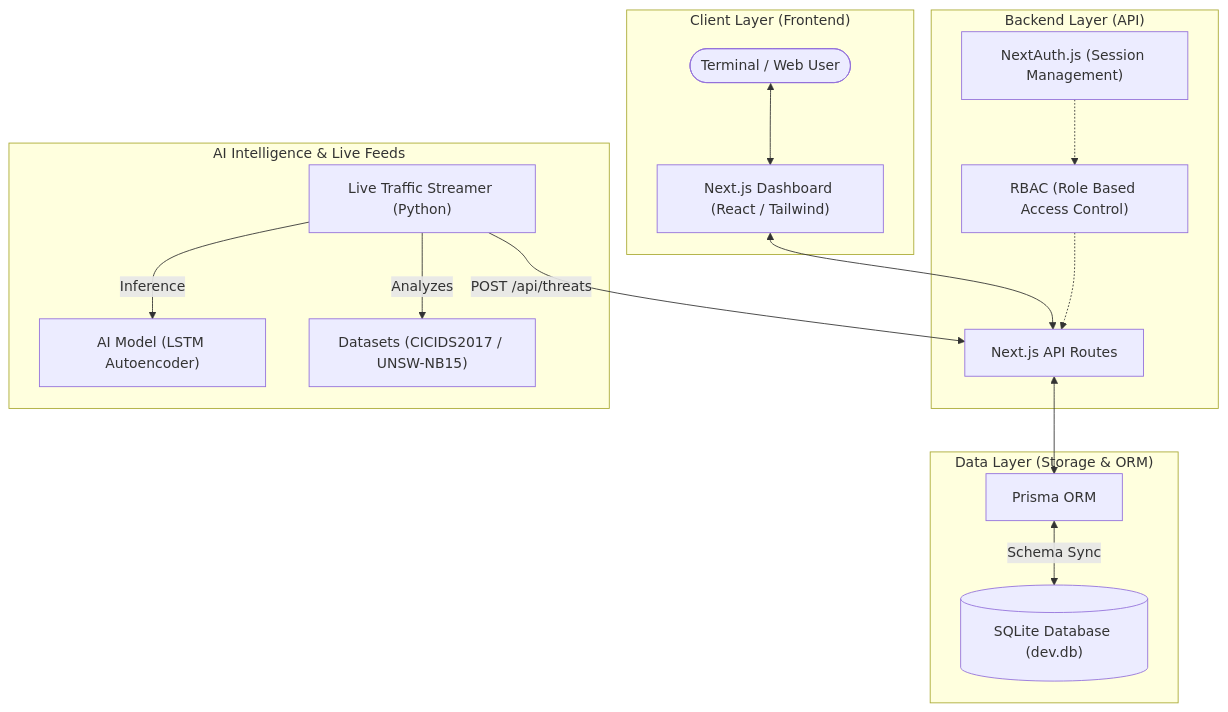
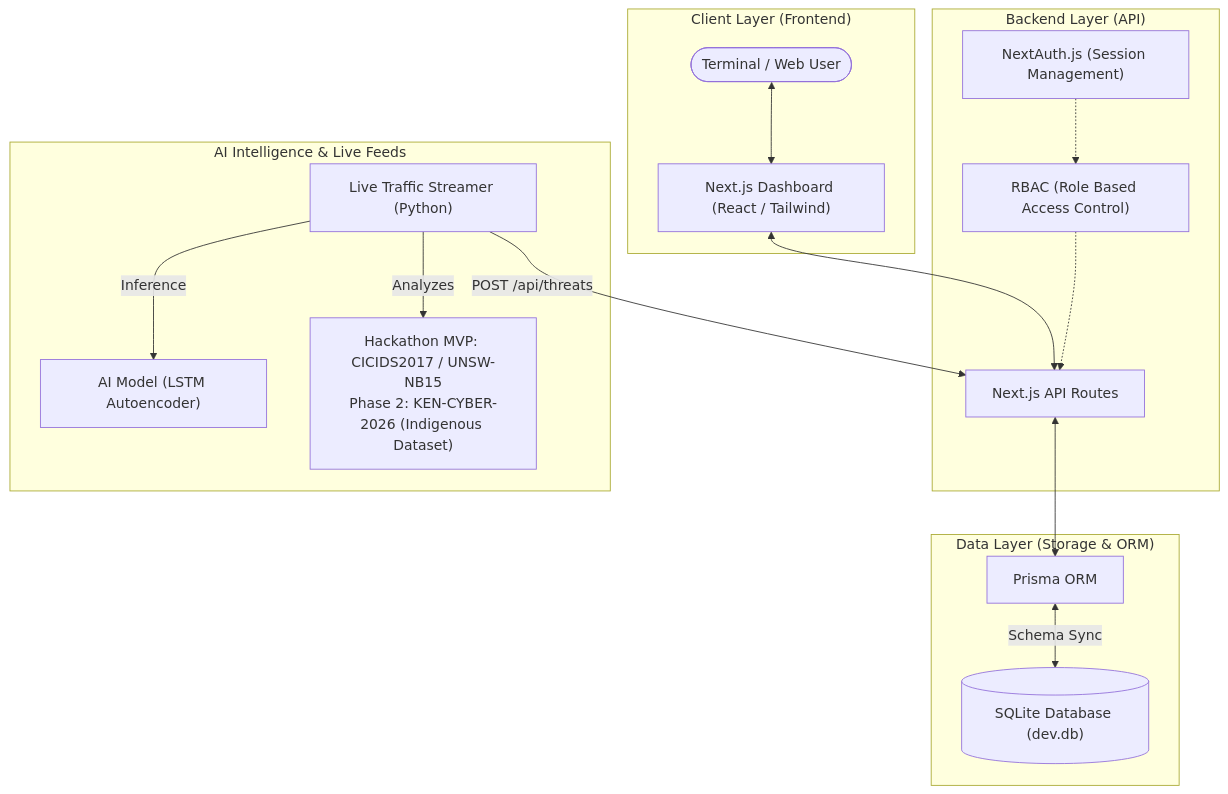
The diagram in docs/ARCHITECTURE.md (arapgechina24-lgtm/nctirs-platform-v2), drawn with Mermaid before and after one commit. The commit also changed other lines of this file and 2 other files, not shown here.

Commit message:
docs: define indigenous dataset strategy for Phase 2

````diff
--- a/docs/ARCHITECTURE.md
+++ b/docs/ARCHITECTURE.md
@@ -9,39 +9,39 @@
 ```mermaid
 graph TB
     subgraph Client_Layer ["Client Layer (Frontend)"]
         User(["Terminal / Web User"])
         FE["Next.js Dashboard (React / Tailwind)"]
     end
 
     subgraph Backend_Layer ["Backend Layer (API)"]
         API["Next.js API Routes"]
         Auth["NextAuth.js (Session Management)"]
         RBAC["RBAC (Role Based Access Control)"]
     end
 
     subgraph Data_Layer ["Data Layer (Storage & ORM)"]
         Prisma["Prisma ORM"]
         DB[("SQLite Database (dev.db)")]
     end
 
     subgraph AI_Intelligence ["AI Intelligence & Live Feeds"]
         PyTorch["AI Model (LSTM Autoencoder)"]
         Streamer["Live Traffic Streamer (Python)"]
-        Datasets["Datasets (CICIDS2017 / UNSW-NB15)"]
+        Datasets["Hackathon MVP: CICIDS2017 / UNSW-NB15<br/>Phase 2: KEN-CYBER-2026 (Indigenous Dataset)"]
     end
 
     %% Connections
     User <--> FE
     FE <--> API
     API <--> Prisma
     Prisma <-- "Schema Sync" --> DB
     
     %% AI Integration
     Streamer -- "Analyzes" --> Datasets
     Streamer -- "Inference" --> PyTorch
     Streamer -- "POST /api/threats" --> API
     
     %% Security
     Auth -.-> RBAC
     RBAC -.-> API
 ```
````
